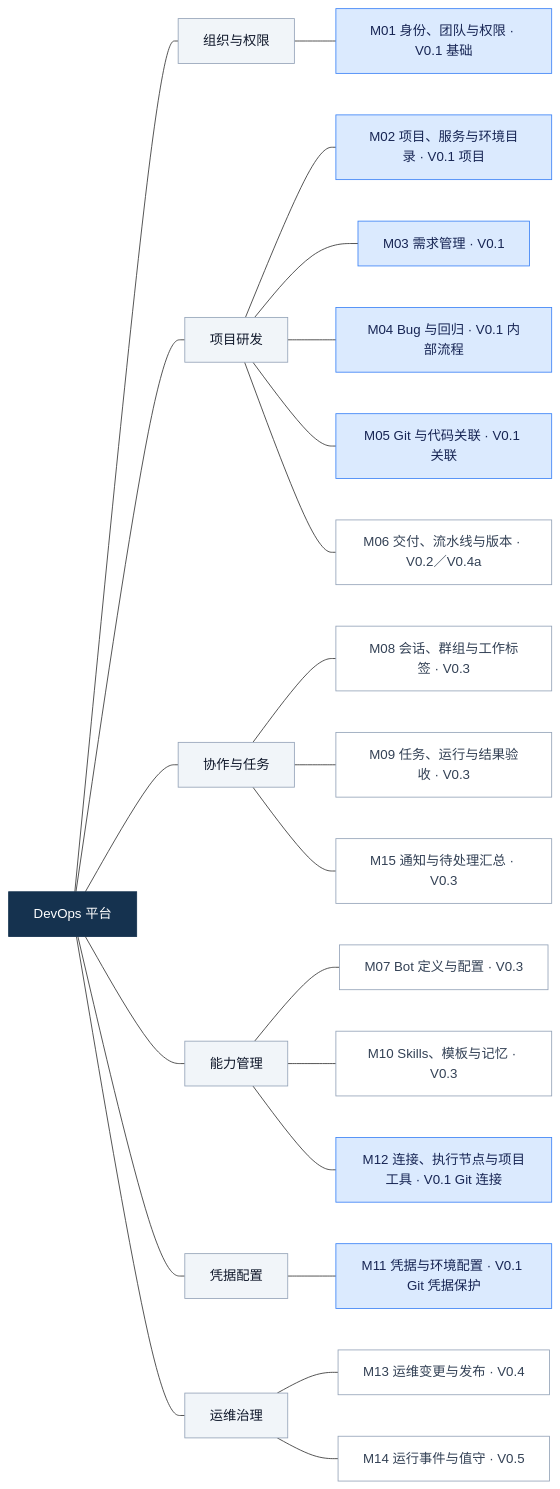
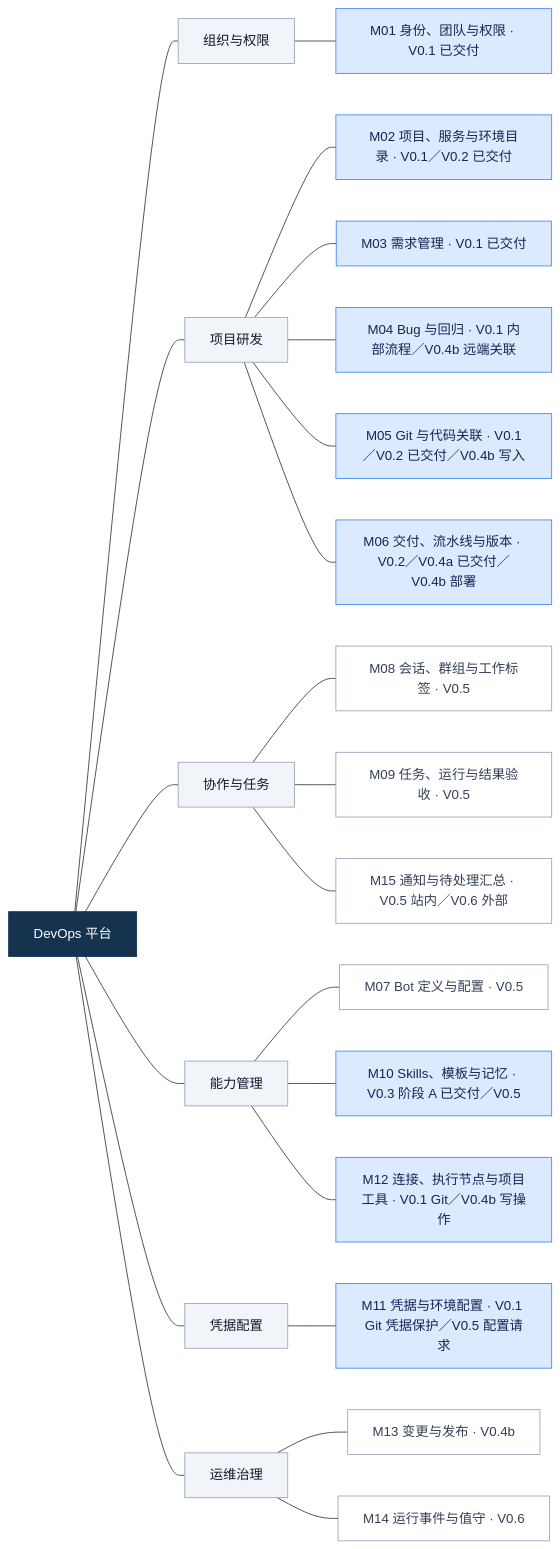
Before and after one commit to aiShuiJiaoDeXioShou/dev-ops: the first of 3 diagrams in docs/prd/project-maps.md, drawn with Mermaid. The commit also changed other lines of this file and 54 other files, not shown here.

````diff
--- a/docs/prd/project-maps.md
+++ b/docs/prd/project-maps.md
@@ -11,35 +11,35 @@
 ```mermaid
 flowchart LR
     platform["DevOps 平台"]
     platform --- organization["组织与权限"]
     platform --- research["项目研发"]
     platform --- collaboration["协作与任务"]
     platform --- capability["能力管理"]
     platform --- credential["凭据配置"]
     platform --- operation["运维治理"]
 
-    organization --- m01["M01 身份、团队与权限 · V0.1 基础"]
-    research --- m02["M02 项目、服务与环境目录 · V0.1 项目"]
-    research --- m03["M03 需求管理 · V0.1"]
-    research --- m04["M04 Bug 与回归 · V0.1 内部流程"]
-    research --- m05["M05 Git 与代码关联 · V0.1 关联"]
-    research --- m06["M06 交付、流水线与版本 · V0.2／V0.4a"]
-    collaboration --- m08["M08 会话、群组与工作标签 · V0.3"]
-    collaboration --- m09["M09 任务、运行与结果验收 · V0.3"]
-    collaboration --- m15["M15 通知与待处理汇总 · V0.3"]
-    capability --- m07["M07 Bot 定义与配置 · V0.3"]
-    capability --- m10["M10 Skills、模板与记忆 · V0.3"]
-    capability --- m12["M12 连接、执行节点与项目工具 · V0.1 Git 连接"]
-    credential --- m11["M11 凭据与环境配置 · V0.1 Git 凭据保护"]
-    operation --- m13["M13 运维变更与发布 · V0.4"]
-    operation --- m14["M14 运行事件与值守 · V0.5"]
+    organization --- m01["M01 身份、团队与权限 · V0.1 已交付"]
+    research --- m02["M02 项目、服务与环境目录 · V0.1／V0.2 已交付"]
+    research --- m03["M03 需求管理 · V0.1 已交付"]
+    research --- m04["M04 Bug 与回归 · V0.1 内部流程／V0.4b 远端关联"]
+    research --- m05["M05 Git 与代码关联 · V0.1／V0.2 已交付／V0.4b 写入"]
+    research --- m06["M06 交付、流水线与版本 · V0.2／V0.4a 已交付／V0.4b 部署"]
+    collaboration --- m08["M08 会话、群组与工作标签 · V0.5"]
+    collaboration --- m09["M09 任务、运行与结果验收 · V0.5"]
+    collaboration --- m15["M15 通知与待处理汇总 · V0.5 站内／V0.6 外部"]
+    capability --- m07["M07 Bot 定义与配置 · V0.5"]
+    capability --- m10["M10 Skills、模板与记忆 · V0.3 阶段 A 已交付／V0.5"]
+    capability --- m12["M12 连接、执行节点与项目工具 · V0.1 Git／V0.4b 写操作"]
+    credential --- m11["M11 凭据与环境配置 · V0.1 Git 凭据保护／V0.5 配置请求"]
+    operation --- m13["M13 变更与发布 · V0.4b"]
+    operation --- m14["M14 运行事件与值守 · V0.6"]
 
     classDef root fill:#15324F,color:#FFFFFF,stroke:#15324F
     classDef domain fill:#F1F5F9,color:#0F172A,stroke:#94A3B8
     classDef first fill:#DBEAFE,color:#172554,stroke:#3B82F6
     classDef later fill:#FFFFFF,color:#334155,stroke:#94A3B8
     class platform root
     class organization,research,collaboration,capability,credential,operation domain
-    class m01,m02,m03,m04,m05,m11,m12 first
-    class m06,m07,m08,m09,m10,m13,m14,m15 later
+    class m01,m02,m03,m04,m05,m06,m10,m11,m12 first
+    class m07,m08,m09,m13,m14,m15 later
 ```
````
